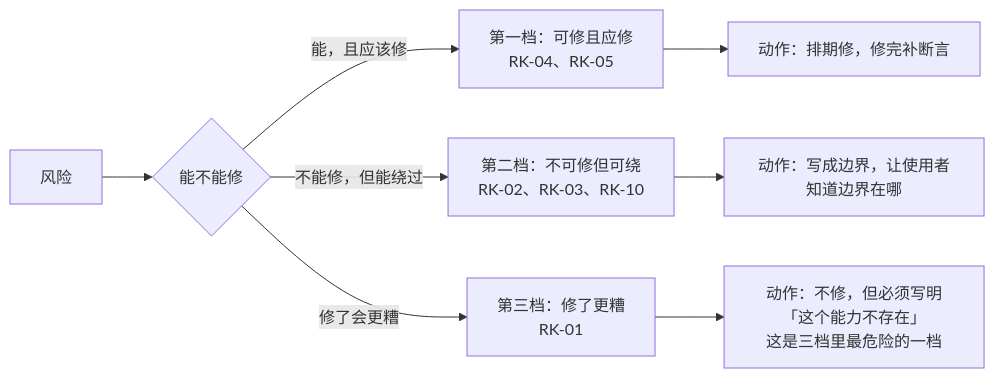
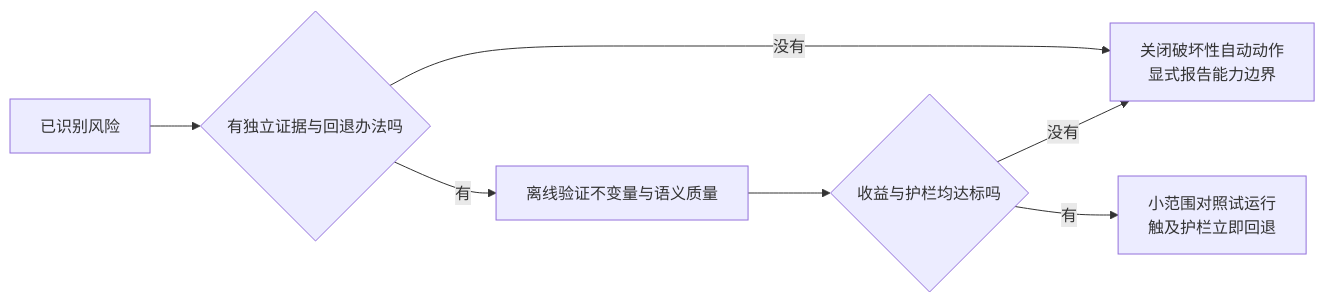
Before and after one commit to liruilong9999/memory: the fourth of 4 diagrams in docs/docs_new/12-验收可观测性与风险.md, drawn with Mermaid. The commit also changed other lines of this file and 13 other files, not shown here.

````diff
--- a/docs/docs_new/12-验收可观测性与风险.md
+++ b/docs/docs_new/12-验收可观测性与风险.md
@@ -736,11 +817,9 @@
 ```mermaid
 flowchart LR
-    A["风险"] --> B{能不能修}
-    B -->|能，且应该修| C["第一档：可修且应修<br/>RK-04、RK-05"]
-    B -->|不能修，但能绕过| D["第二档：不可修但可绕<br/>RK-02、RK-03、RK-10"]
-    B -->|修了会更糟| E["第三档：修了更糟<br/>RK-01"]
-
-    C --> C1["动作：排期修，修完补断言"]
-    D --> D1["动作：写成边界，让使用者知道边界在哪"]
-    E --> E1["动作：不修，但必须写明「这个能力不存在」<br/>这是三档里最危险的一档"]
+    A["已识别风险"] --> B{"有独立证据与回退办法吗"}
+    B -->|没有| C["关闭破坏性自动动作<br/>显式报告能力边界"]
+    B -->|有| D["离线验证不变量与语义质量"]
+    D --> E{"收益与护栏均达标吗"}
+    E -->|没有| C
+    E -->|有| F["小范围对照试运行<br/>触及护栏立即回退"]
 ```
````
